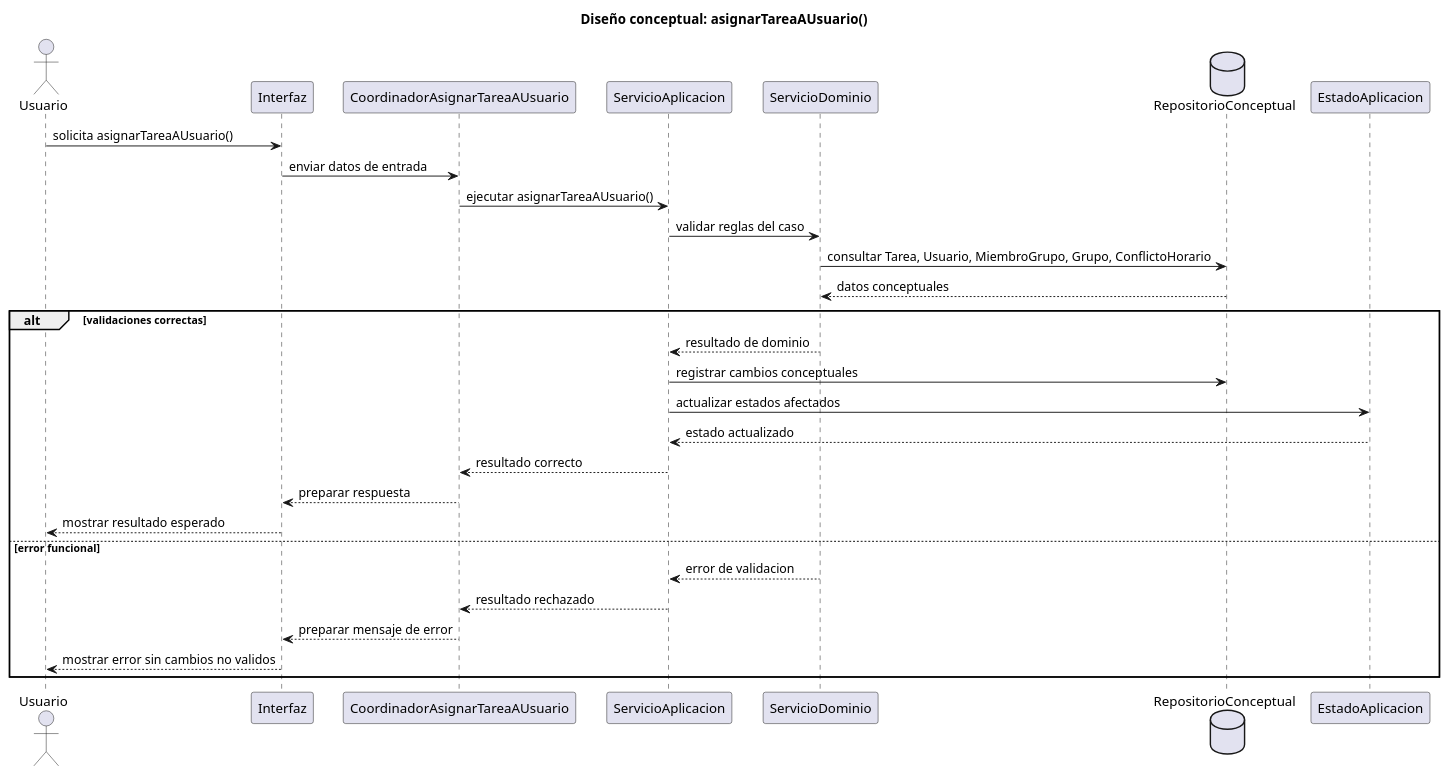
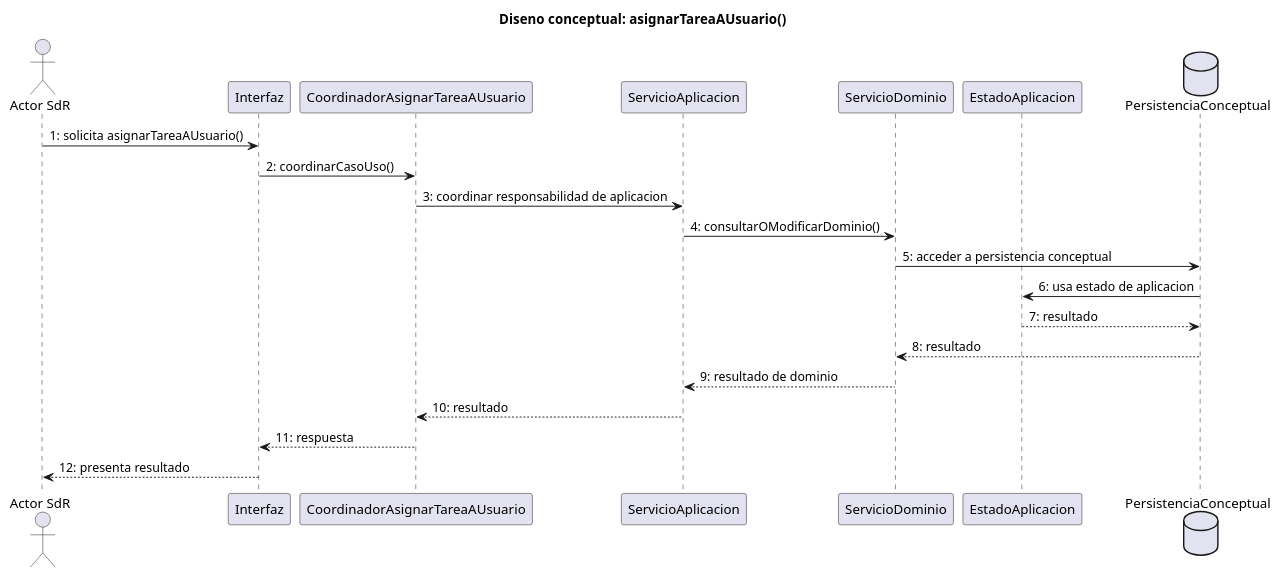
Before and after one commit to inigovaqueroo04/25-26-idsw2-sdVC: the diagram in documents/RUP/02-diseño/casos-uso/planificacion-configuracion/asignarTareaAUsuario/README.md, drawn with PlantUML. The commit also changed other lines of this file and 24 other files, not shown here.

Commit message:
docs: validar trazabilidad integral de diseno

````diff
--- a/documents/RUP/02-diseño/casos-uso/planificacion-configuracion/asignarTareaAUsuario/README.md
+++ b/documents/RUP/02-diseño/casos-uso/planificacion-configuracion/asignarTareaAUsuario/README.md
@@ -87,36 +85,27 @@
 ```plantuml
 @startuml asignarTareaAUsuario-diseno-secuencia
-title Diseño conceptual: asignarTareaAUsuario()
+title Diseno conceptual: asignarTareaAUsuario()
 
-actor "Usuario" as Usuario
+actor "Actor SdR" as Actor
 participant "Interfaz" as Interfaz
 participant "CoordinadorAsignarTareaAUsuario" as Coordinador
 participant "ServicioAplicacion" as ServicioAplicacion
 participant "ServicioDominio" as ServicioDominio
-database "RepositorioConceptual" as Repositorio
 participant "EstadoAplicacion" as EstadoAplicacion
+database "PersistenciaConceptual" as Persistencia
 
-Usuario -> Interfaz : solicita asignarTareaAUsuario()
-Interfaz -> Coordinador : enviar datos de entrada
-Coordinador -> ServicioAplicacion : ejecutar asignarTareaAUsuario()
-ServicioAplicacion -> ServicioDominio : validar reglas del caso
-ServicioDominio -> Repositorio : consultar Tarea, Usuario, MiembroGrupo, Grupo, ConflictoHorario
-Repositorio --> ServicioDominio : datos conceptuales
-
-alt validaciones correctas
-  ServicioDominio --> ServicioAplicacion : resultado de dominio
-  ServicioAplicacion -> Repositorio : registrar cambios conceptuales
-  ServicioAplicacion -> EstadoAplicacion : actualizar estados afectados
-  EstadoAplicacion --> ServicioAplicacion : estado actualizado
-  ServicioAplicacion --> Coordinador : resultado correcto
-  Coordinador --> Interfaz : preparar respuesta
-  Interfaz --> Usuario : mostrar resultado esperado
-else error funcional
-  ServicioDominio --> ServicioAplicacion : error de validacion
-  ServicioAplicacion --> Coordinador : resultado rechazado
-  Coordinador --> Interfaz : preparar mensaje de error
-  Interfaz --> Usuario : mostrar error sin cambios no validos
-end
+Actor -> Interfaz : 1: solicita asignarTareaAUsuario()
+Interfaz -> Coordinador : 2: coordinarCasoUso()
+Coordinador -> ServicioAplicacion : 3: coordinar responsabilidad de aplicacion
+ServicioAplicacion -> ServicioDominio : 4: consultarOModificarDominio()
+ServicioDominio -> Persistencia : 5: acceder a persistencia conceptual
+Persistencia -> EstadoAplicacion : 6: usa estado de aplicacion
+EstadoAplicacion --> Persistencia : 7: resultado
+Persistencia --> ServicioDominio : 8: resultado
+ServicioDominio --> ServicioAplicacion : 9: resultado de dominio
+ServicioAplicacion --> Coordinador : 10: resultado
+Coordinador --> Interfaz : 11: respuesta
+Interfaz --> Actor : 12: presenta resultado
 
 @enduml
 ```
````
